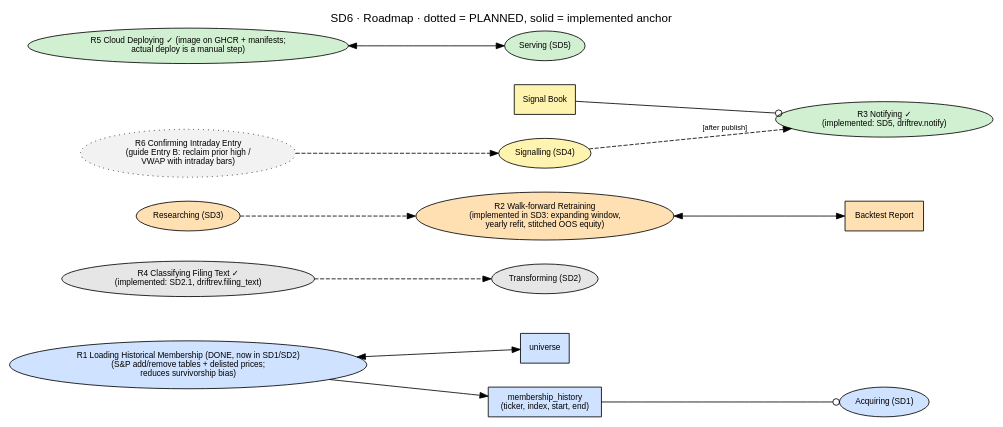
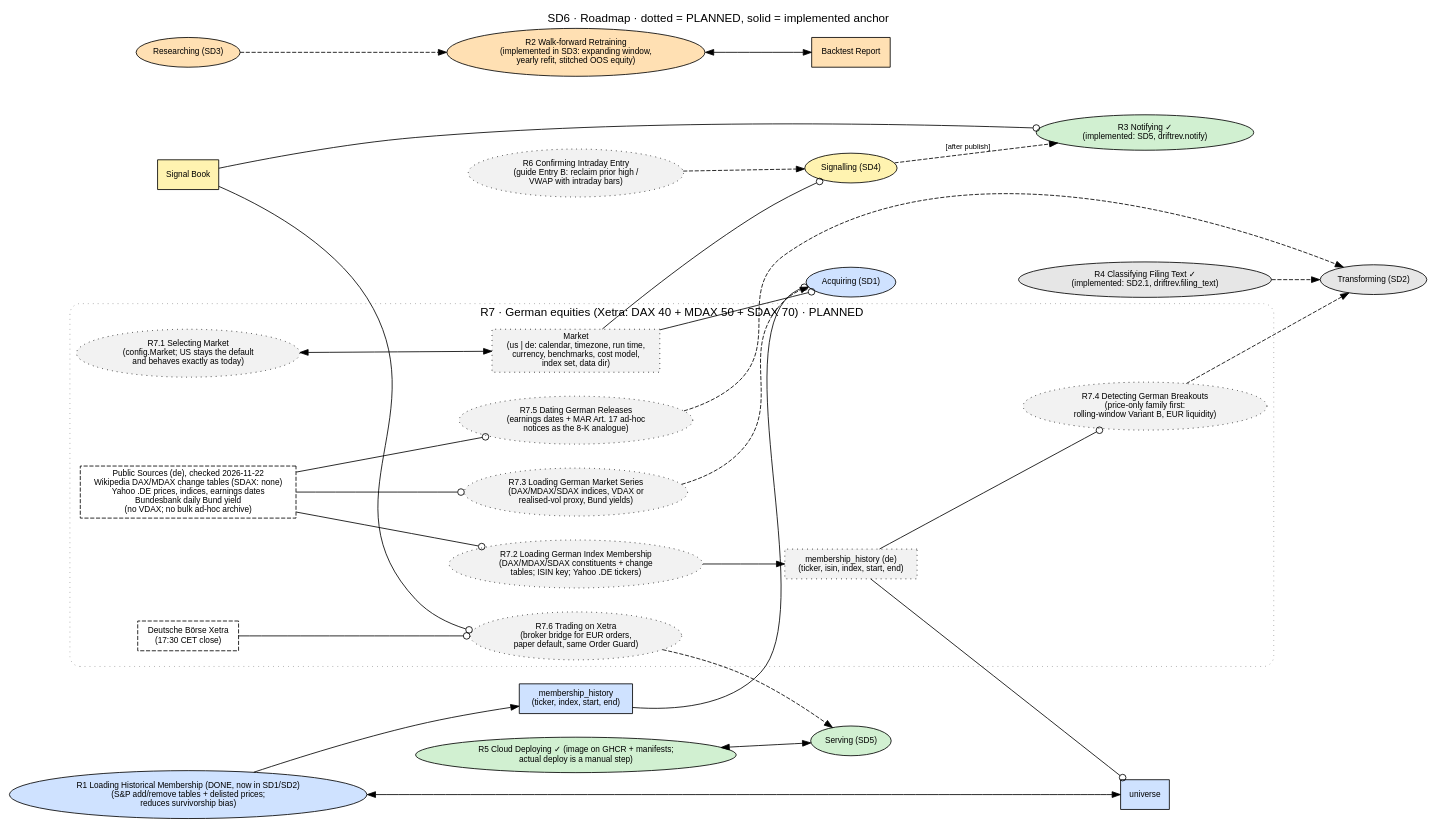
One commit to witold-andelie/stock_analysis_wentao changed the diagram in project/docs/architecture/opm/SD6_roadmap.dot. Above: the diagram before and after it, drawn with Graphviz. The commit also changed 5 other files, not shown here.

First line of the commit message:
Roadmap R7: German equities on Xetra (DAX + MDAX + SDAX), planned

```diff
--- a/project/docs/architecture/opm/SD6_roadmap.dot
+++ b/project/docs/architecture/opm/SD6_roadmap.dot
@@ -1,34 +1,58 @@
 // SD6 · Roadmap: PLANNED processes (dotted) and where they attach to the implemented model.
 // Rule: a planned thing becomes solid only when its code, test and OPL sentence land together.
 digraph SD6 {
   graph [rankdir=LR, fontname="Helvetica", fontsize=14, labelloc=t, nodesep=0.4, ranksep=0.8,
          label="SD6 · Roadmap · dotted = PLANNED, solid = implemented anchor"];
   node  [fontname="Helvetica", fontsize=10, style=filled, fillcolor="#e6e6e6"];
   edge  [fontname="Helvetica", fontsize=9];
 
   // implemented anchors
   acquiring    [shape=ellipse, fillcolor="#cfe2ff", label="Acquiring (SD1)"];
   transforming [shape=ellipse, label="Transforming (SD2)"];
   researching  [shape=ellipse, fillcolor="#ffe0b3", label="Researching (SD3)"];
   signalling   [shape=ellipse, fillcolor="#fff3b0", label="Signalling (SD4)"];
   serving      [shape=ellipse, fillcolor="#d1f0d1", label="Serving (SD5)"];
   universe     [shape=box, fillcolor="#cfe2ff", label="universe"];
   report       [shape=box, fillcolor="#ffe0b3", label="Backtest Report"];
   book         [shape=box, fillcolor="#fff3b0", label="Signal Book"];
 
   // planned things
   r1 [shape=ellipse, fillcolor="#cfe2ff", label="R1 Loading Historical Membership (DONE, now in SD1/SD2)\n(S&P add/remove tables + delisted prices;\nreduces survivorship bias)"];
   r1o [shape=box, fillcolor="#cfe2ff", label="membership_history\n(ticker, index, start, end)"];
   r2 [shape=ellipse, style="filled", fillcolor="#ffe0b3", label="R2 Walk-forward Retraining\n(implemented in SD3: expanding window,\nyearly refit, stitched OOS equity)"];
   r3 [shape=ellipse, fillcolor="#d1f0d1", label="R3 Notifying ✓\n(implemented: SD5, driftrev.notify)"];
   r4 [shape=ellipse, fillcolor="#e6e6e6", label="R4 Classifying Filing Text ✓\n(implemented: SD2.1, driftrev.filing_text)"];
   r5 [shape=ellipse, fillcolor="#d1f0d1", label="R5 Cloud Deploying ✓ (image on GHCR + manifests;\nactual deploy is a manual step)"];
   r6 [shape=ellipse, style="filled,dotted", fillcolor="#f2f2f2", label="R6 Confirming Intraday Entry\n(guide Entry B: reclaim prior high /\nVWAP with intraday bars)"];
 
   r1 -> r1o; r1o -> acquiring [arrowhead=odot]; r1 -> universe [dir=both];
   researching -> r2 [style=dashed]; r2 -> report [dir=both];
   signalling -> r3 [style=dashed, label="[after publish]"]; book -> r3 [arrowhead=odot];
   r4 -> transforming [style=dashed];
   r5 -> serving [dir=both];
   r6 -> signalling [style=dashed];
+
+  // R7 · German equities on Deutsche Börse Xetra (DAX + MDAX + SDAX). Order of delivery: R7.1 → R7.6.
+  subgraph cluster_r7 {
+    label="R7 · German equities (Xetra: DAX 40 + MDAX 50 + SDAX 70) · PLANNED"; style="rounded,dotted"; color="#999999";
+    node [style="filled,dotted", fillcolor="#f2f2f2"];
+    market   [shape=box, label="Market\n(us | de: calendar, timezone, run time,\ncurrency, benchmarks, cost model,\nindex set, data dir)"];
+    r71 [shape=ellipse, label="R7.1 Selecting Market\n(config.Market; US stays the default\nand behaves exactly as today)"];
+    r72 [shape=ellipse, label="R7.2 Loading German Index Membership\n(DAX/MDAX/SDAX constituents + change\ntables; ISIN key; Yahoo .DE tickers)"];
+    r72o [shape=box, label="membership_history (de)\n(ticker, isin, index, start, end)"];
+    r73 [shape=ellipse, label="R7.3 Loading German Market Series\n(DAX/MDAX/SDAX indices, VDAX or\nrealised-vol proxy, Bund yields)"];
+    r74 [shape=ellipse, label="R7.4 Detecting German Breakouts\n(price-only family first:\nrolling-window Variant B, EUR liquidity)"];
+    r75 [shape=ellipse, label="R7.5 Dating German Releases\n(earnings dates + MAR Art. 17 ad-hoc\nnotices as the 8-K analogue)"];
+    r76 [shape=ellipse, label="R7.6 Trading on Xetra\n(broker bridge for EUR orders,\npaper default, same Order Guard)"];
+    xetra [shape=box, style="filled,dashed", fillcolor="#ffffff", label="Deutsche Börse Xetra\n(17:30 CET close)"];
+    srcs  [shape=box, style="filled,dashed", fillcolor="#ffffff", label="Public Sources (de), checked 2026-11-22\nWikipedia DAX/MDAX change tables (SDAX: none)\nYahoo .DE prices, indices, earnings dates\nBundesbank daily Bund yield\n(no VDAX; no bulk ad-hoc archive)"];
+  }
+
+  r71 -> market [dir=both];
+  market -> acquiring [arrowhead=odot]; market -> signalling [arrowhead=odot];
+  srcs -> r72 [arrowhead=odot]; r72 -> r72o; r72o -> universe [arrowhead=odot];
+  srcs -> r73 [arrowhead=odot]; r73 -> acquiring [style=dashed];
+  r72o -> r74 [arrowhead=odot]; r74 -> transforming [style=dashed];
+  srcs -> r75 [arrowhead=odot]; r75 -> transforming [style=dashed];
+  book -> r76 [arrowhead=odot]; xetra -> r76 [arrowhead=odot]; r76 -> serving [style=dashed];
 }
```
